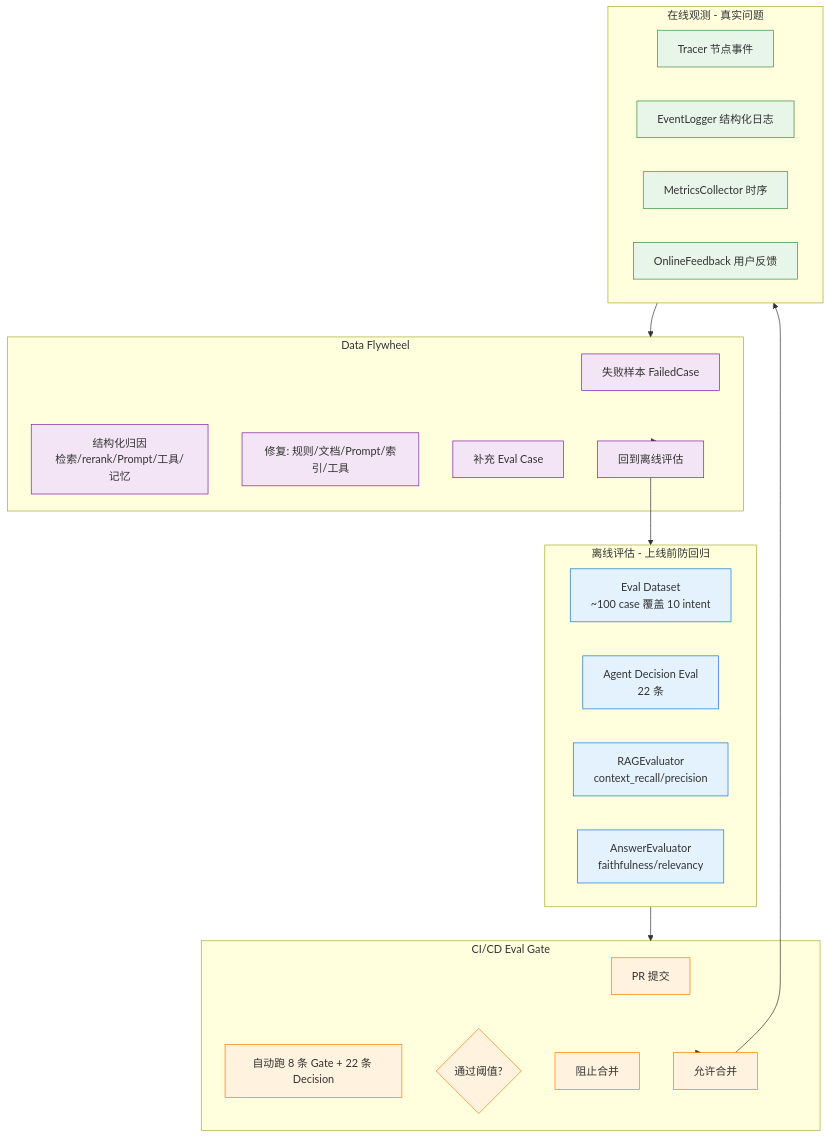
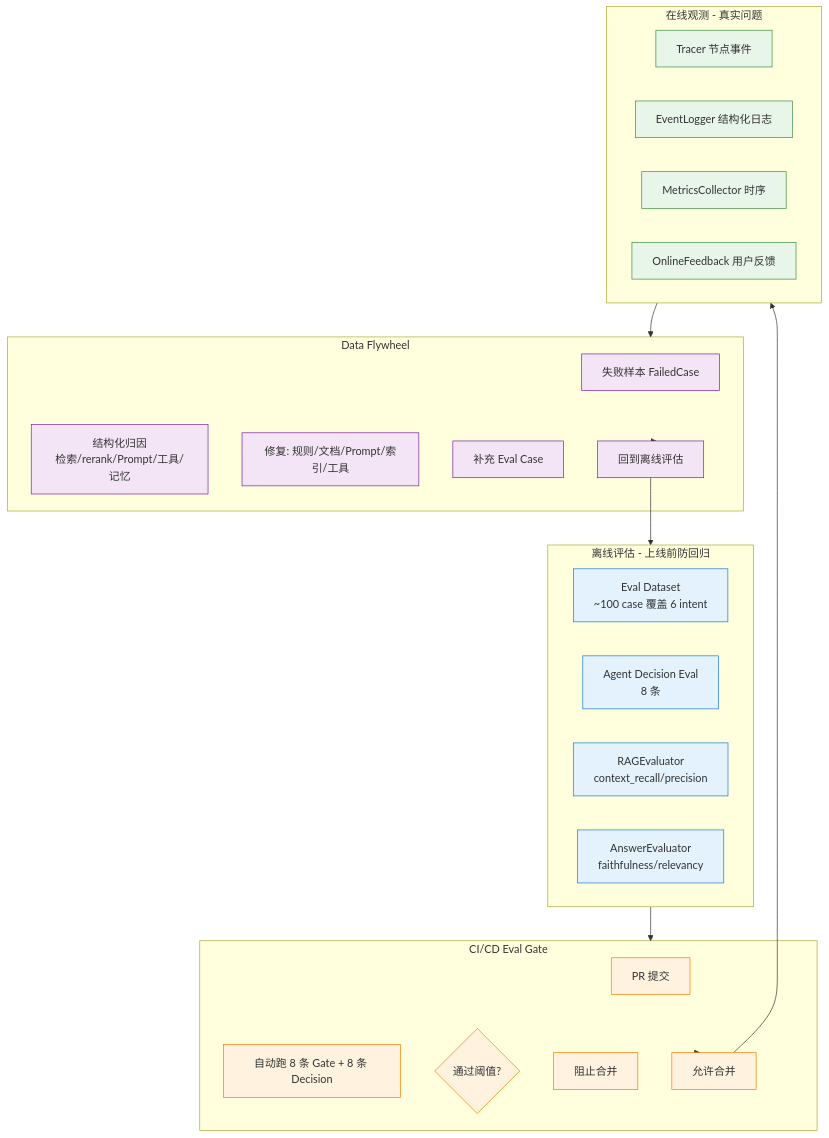
The first of 3 diagrams in technical_deep_dive/主题/08-评估与数据飞轮.md (jackone666/enterprise_agentic_rag), drawn with Mermaid before and after one commit. The commit also changed other lines of this file and 13 other files, not shown here.

````diff
--- a/technical_deep_dive/主题/08-评估与数据飞轮.md
+++ b/technical_deep_dive/主题/08-评估与数据飞轮.md
@@ -48,48 +48,48 @@
 ```mermaid
 graph TB
     subgraph 离线[离线评估 - 上线前防回归]
-        A1[Eval Dataset<br/>~100 case 覆盖 10 intent]
-        A2[Agent Decision Eval<br/>22 条]
+        A1[Eval Dataset<br/>~100 case 覆盖 6 intent]
+        A2[Agent Decision Eval<br/>8 条]
         A3[RAGEvaluator<br/>context_recall/precision]
         A4[AnswerEvaluator<br/>faithfulness/relevancy]
     end
 
     subgraph CI[CI/CD Eval Gate]
         B1[PR 提交]
-        B2[自动跑 8 条 Gate + 22 条 Decision]
+        B2[自动跑 8 条 Gate + 8 条 Decision]
         B3{通过阈值?}
         B4[阻止合并]
         B5[允许合并]
     end
 
     subgraph 线上[在线观测 - 真实问题]
         C1[Tracer 节点事件]
         C2[EventLogger 结构化日志]
         C3[MetricsCollector 时序]
         C4[OnlineFeedback 用户反馈]
     end
 
     subgraph 飞轮[Data Flywheel]
         D1[失败样本 FailedCase]
         D2[结构化归因<br/>检索/rerank/Prompt/工具/记忆]
         D3[修复: 规则/文档/Prompt/索引/工具]
         D4[补充 Eval Case]
         D5[回到离线评估]
     end
 
     离线 --> CI
     CI --> B5
     B5 --> 线上
     线上 --> 飞轮
     飞轮 --> D5
     D5 --> 离线
 
     classDef offline fill:#E3F2FD,stroke:#1976D2
     classDef ci fill:#FFF3E0,stroke:#F57C00
     classDef online fill:#E8F5E9,stroke:#388E3C
     classDef flywheel fill:#F3E5F5,stroke:#7B1FA2
     class A1,A2,A3,A4 offline
     class B1,B2,B3,B4,B5 ci
     class C1,C2,C3,C4 online
     class D1,D2,D3,D4,D5 flywheel
 ```
````
